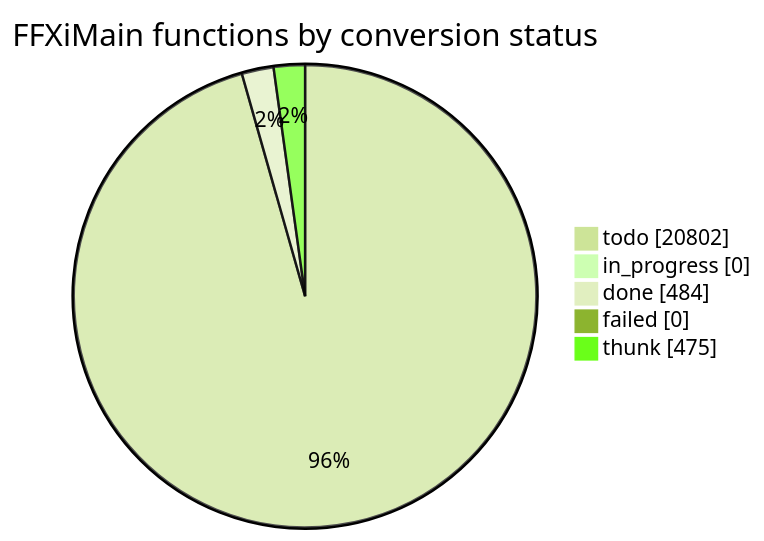
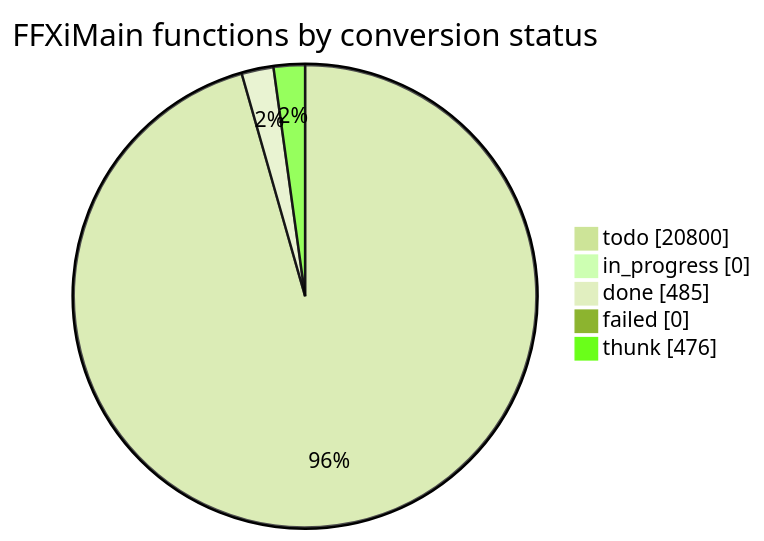
One commit to cowrevenge/cow_kuluu_xi_anything changed the diagram in docs/cow/STATUS.md. Above: the diagram before and after it, drawn with Mermaid (forest theme). The commit also changed other lines of this file and 9 other files, not shown here.

````diff
--- a/docs/cow/STATUS.md
+++ b/docs/cow/STATUS.md
@@ -18,9 +18,9 @@
 ```mermaid
 pie showData
     title FFXiMain functions by conversion status
-    "todo" : 20802
+    "todo" : 20800
     "in_progress" : 0
-    "done" : 484
+    "done" : 485
     "failed" : 0
-    "thunk" : 475
+    "thunk" : 476
 ```
````
